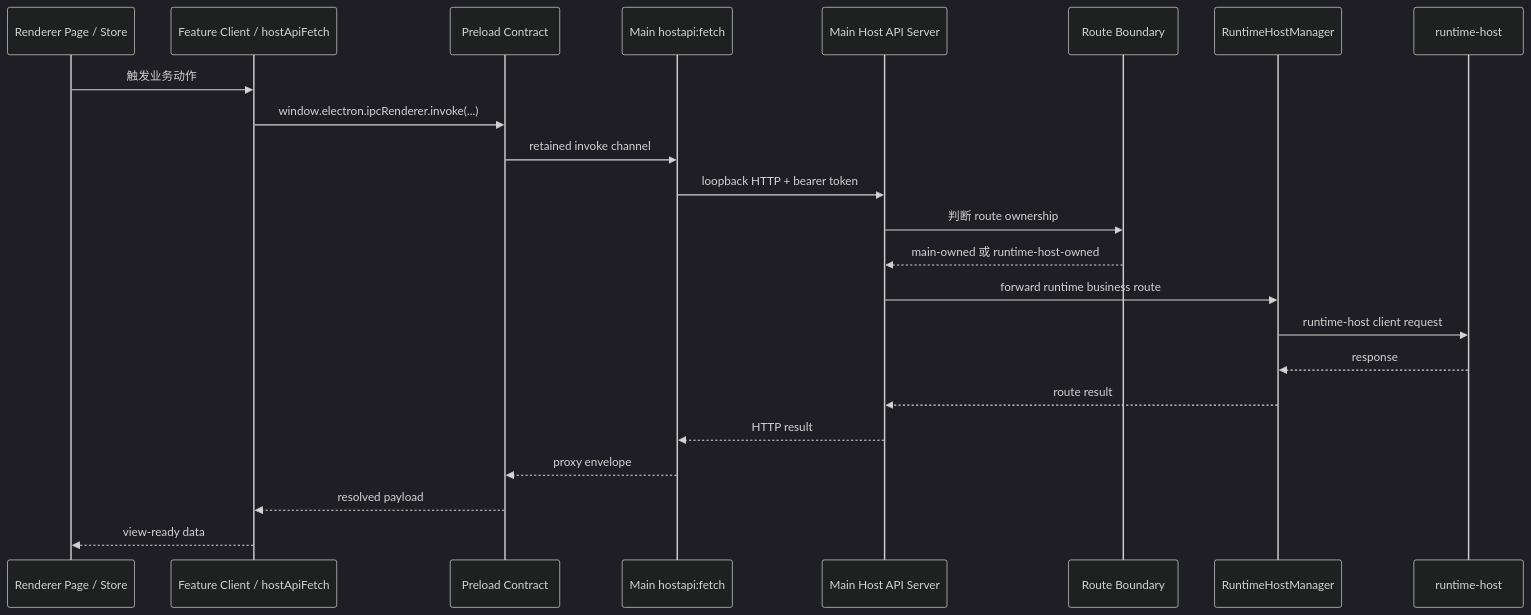
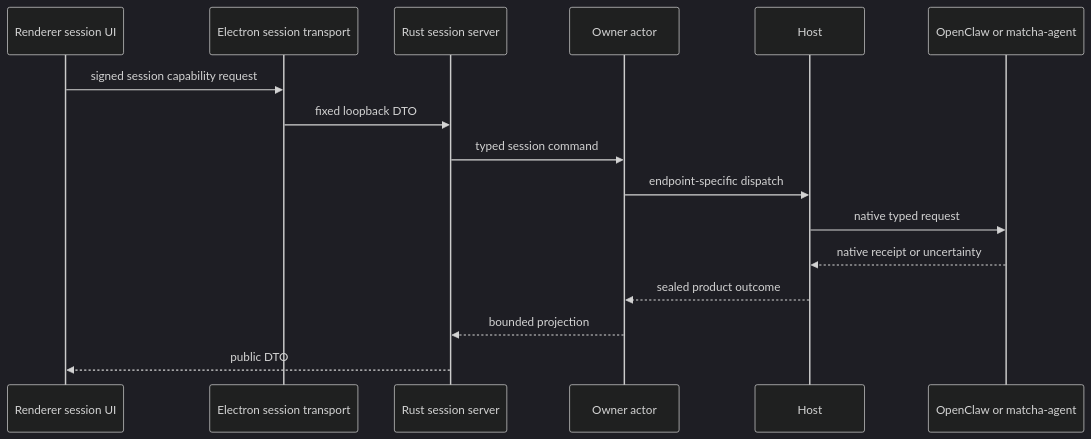
Before and after one commit to hellowKeyzj/Matcha-claw: the fifth of 6 diagrams in docs/architecture/layered-architecture.md, drawn with Mermaid (dark theme). The commit also changed other lines of this file and 2403 other files, not shown here.

Commit message:
refactor runtime host

````diff
--- a/docs/architecture/layered-architecture.md
+++ b/docs/architecture/layered-architecture.md
@@ -482,26 +348,19 @@
 ```mermaid
 sequenceDiagram
-  participant Page as Renderer Page / Store
-  participant Client as Feature Client / hostApiFetch
-  participant Preload as Preload Contract
-  participant IPC as Main hostapi:fetch
-  participant API as Main Host API Server
-  participant Boundary as Route Boundary
-  participant Manager as RuntimeHostManager
-  participant RH as runtime-host
+  participant UI as Renderer session UI
+  participant Main as Electron session transport
+  participant Server as Rust session server
+  participant Owner as Owner actor
+  participant Host as Host
+  participant Peer as OpenClaw or matcha-agent
 
-  Page->>Client: 触发业务动作
-  Client->>Preload: window.electron.ipcRenderer.invoke(...)
-  Preload->>IPC: retained invoke channel
-  IPC->>API: loopback HTTP + bearer token
-  API->>Boundary: 判断 route ownership
-  Boundary-->>API: main-owned 或 runtime-host-owned
-  API->>Manager: forward runtime business route
-  Manager->>RH: runtime-host client request
-  RH-->>Manager: response
-  Manager-->>API: route result
-  API-->>IPC: HTTP result
-  IPC-->>Preload: proxy envelope
-  Preload-->>Client: resolved payload
-  Client-->>Page: view-ready data
+  UI->>Main: signed session capability request
+  Main->>Server: fixed loopback DTO
+  Server->>Owner: typed session command
+  Owner->>Host: endpoint-specific dispatch
+  Host->>Peer: native typed request
+  Peer-->>Host: native receipt or uncertainty
+  Host-->>Owner: sealed product outcome
+  Owner-->>Server: bounded projection
+  Server-->>UI: public DTO
 ```
````
